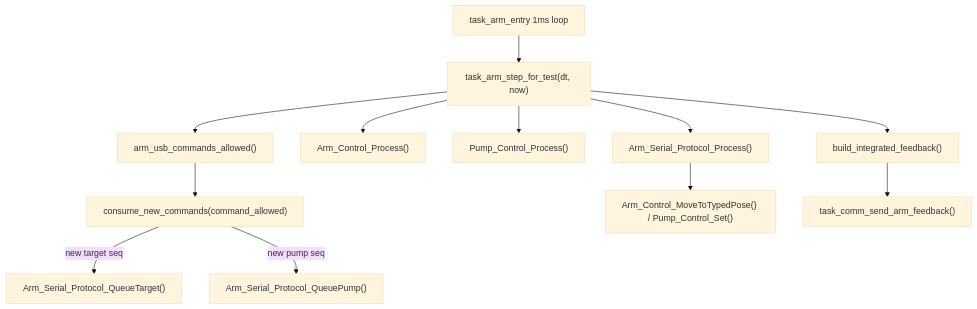
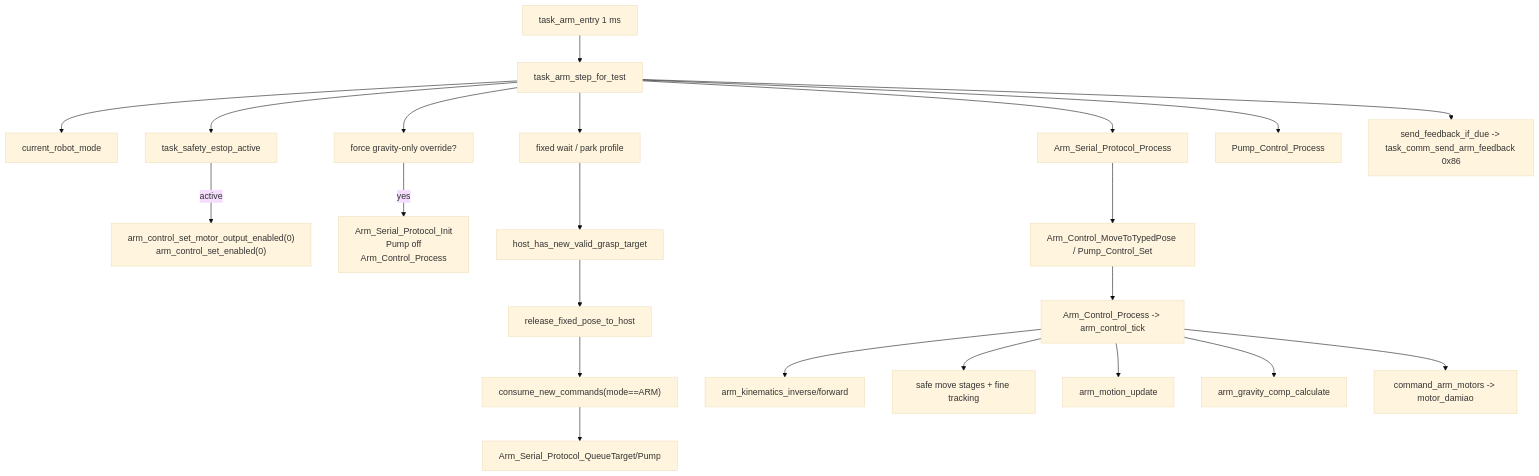
One commit to perfectYYY/FengMH changed the third of 4 diagrams in docs/unified_control_code_map.md. Above: the diagram before and after it, drawn with Mermaid (base theme). The commit also changed other lines of this file and 11 other files, not shown here.

````diff
--- a/docs/unified_control_code_map.md
+++ b/docs/unified_control_code_map.md
@@ -364,14 +93,24 @@
 ```mermaid
 flowchart TD
-    TARM["task_arm_entry 1ms loop"] --> STEP["task_arm_step_for_test(dt, now)"]
-    STEP --> USBCMD["arm_usb_commands_allowed()"]
-    USBCMD --> CONSUME["consume_new_commands(command_allowed)"]
-    CONSUME -->|new target seq| QT["Arm_Serial_Protocol_QueueTarget()"]
-    CONSUME -->|new pump seq| QP["Arm_Serial_Protocol_QueuePump()"]
-    STEP --> ACP["Arm_Control_Process()"]
-    STEP --> PCP["Pump_Control_Process()"]
-    STEP --> ASP["Arm_Serial_Protocol_Process()"]
-    ASP --> MOVE["Arm_Control_MoveToTypedPose() / Pump_Control_Set()"]
-    STEP --> FEEDBACK["build_integrated_feedback()"]
-    FEEDBACK --> TX86["task_comm_send_arm_feedback()"]
+    ENTRY["task_arm_entry 1 ms"] --> STEP["task_arm_step_for_test"]
+    STEP --> MODE["current_robot_mode"]
+    STEP --> ESTOP["task_safety_estop_active"]
+    ESTOP -->|active| ARM_OFF["arm_control_set_motor_output_enabled(0)\narm_control_set_enabled(0)"]
+    STEP --> GRAVITY["force gravity-only override?"]
+    GRAVITY -->|yes| GONLY["Arm_Serial_Protocol_Init\nPump off\nArm_Control_Process"]
+    STEP --> FIXED["fixed wait / park profile"]
+    FIXED --> HOST_READY["host_has_new_valid_grasp_target"]
+    HOST_READY --> RELEASE["release_fixed_pose_to_host"]
+    RELEASE --> CONSUME["consume_new_commands(mode==ARM)"]
+    CONSUME --> QUEUE["Arm_Serial_Protocol_QueueTarget/Pump"]
+    STEP --> SERIAL_PROC["Arm_Serial_Protocol_Process"]
+    SERIAL_PROC --> SET_TARGET["Arm_Control_MoveToTypedPose / Pump_Control_Set"]
+    SET_TARGET --> ARM_CTRL["Arm_Control_Process -> arm_control_tick"]
+    ARM_CTRL --> IK["arm_kinematics_inverse/forward"]
+    ARM_CTRL --> SAFE["safe move stages + fine tracking"]
+    ARM_CTRL --> MOTION["arm_motion_update"]
+    ARM_CTRL --> GC["arm_gravity_comp_calculate"]
+    ARM_CTRL --> DAMIAO["command_arm_motors -> motor_damiao"]
+    STEP --> PUMP_PROC["Pump_Control_Process"]
+    STEP --> FEEDBACK["send_feedback_if_due -> task_comm_send_arm_feedback 0x86"]
 ```
````
